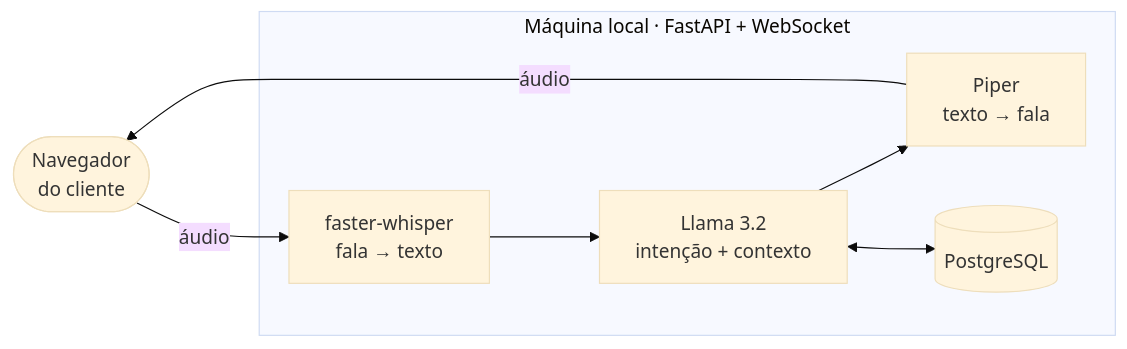
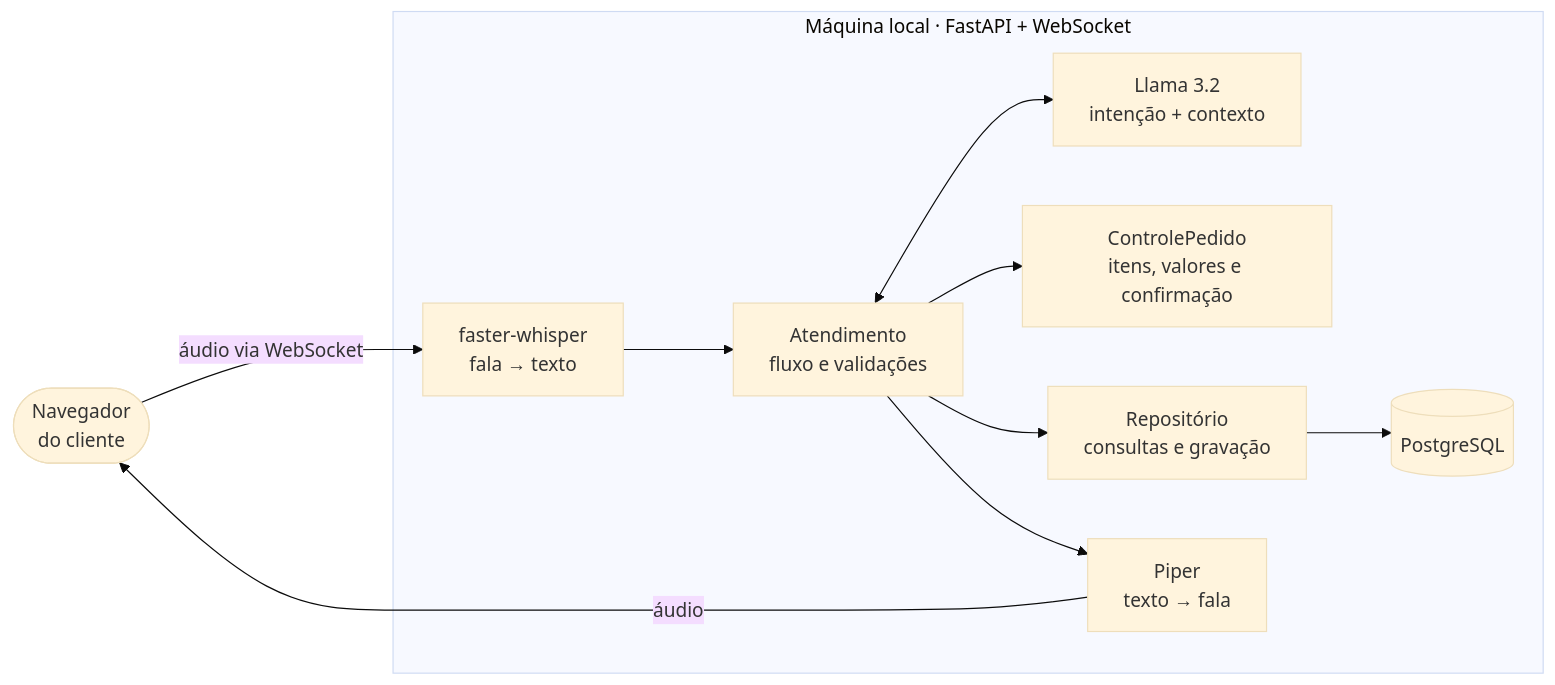
Before and after one commit to RafssRv/PI_VI_TIME10: the diagram in README.md, drawn with Mermaid (base theme). The commit also changed other lines of this file and 10 other files, not shown here.

````diff
--- a/README.md
+++ b/README.md
@@ -50,12 +53,18 @@
 ```mermaid
 flowchart LR
     nav(["Navegador<br/>do cliente"])
     subgraph srv["Máquina local · FastAPI + WebSocket"]
         stt["faster-whisper<br/>fala → texto"]
+        atendimento["Atendimento<br/>fluxo e validações"]
         llm["Llama 3.2<br/>intenção + contexto"]
+        controle["ControlePedido<br/>itens, valores e confirmação"]
+        repo["Repositório<br/>consultas e gravação"]
         tts["Piper<br/>texto → fala"]
         db[("PostgreSQL")]
     end
-    nav -- "áudio" --> stt --> llm --> tts -- "áudio" --> nav
-    llm <--> db
+    nav -- "áudio via WebSocket" --> stt --> atendimento
+    atendimento <--> llm
+    atendimento --> controle
+    atendimento --> repo --> db
+    atendimento --> tts -- "áudio" --> nav
 ```
````
